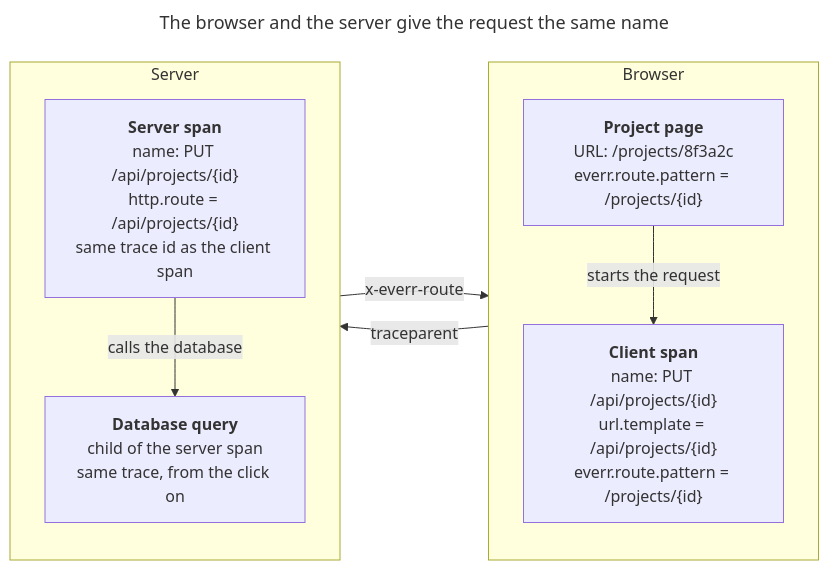
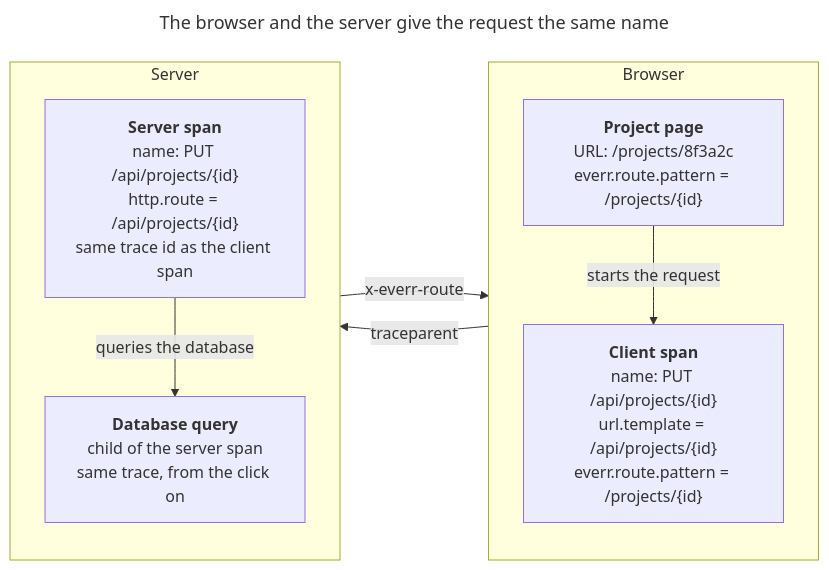
Before and after one commit to everr-labs/everr: the diagram in packages/docs/content/blog/distributed-tracing-ai-cardinalita-delle-rotte.mdx, drawn with Mermaid. The commit also changed other lines of this file and 1 other file, not shown here.

````diff
--- a/packages/docs/content/blog/distributed-tracing-ai-cardinalita-delle-rotte.mdx
+++ b/packages/docs/content/blog/distributed-tracing-ai-cardinalita-delle-rotte.mdx
@@ -149,20 +168,20 @@
 ```mermaid
 ---
 title: The browser and the server give the request the same name
 ---
 flowchart LR
   subgraph Browser
     direction TB
     page["<b>Project page</b><br/>URL: /projects/8f3a2c<br/>everr.route.pattern = /projects/{id}"]
     client["<b>Client span</b><br/>name: PUT /api/projects/{id}<br/>url.template = /api/projects/{id}<br/>everr.route.pattern = /projects/{id}"]
     page -- starts the request --> client
   end
   subgraph Server
     direction TB
     server["<b>Server span</b><br/>name: PUT /api/projects/{id}<br/>http.route = /api/projects/{id}<br/>same trace id as the client span"]
     db["<b>Database query</b><br/>child of the server span<br/>same trace, from the click on"]
-    server -- calls the database --> db
+    server -- queries the database --> db
   end
   client -- traceparent --> server
   server -- x-everr-route --> client
 ```
````
